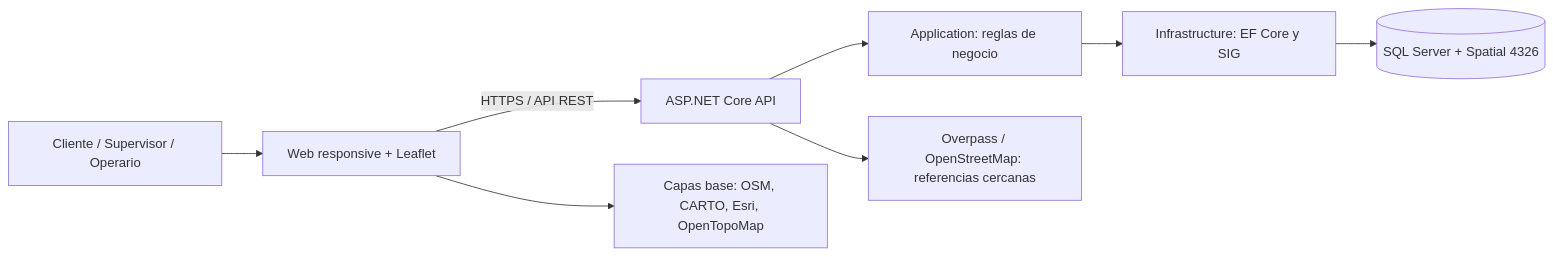
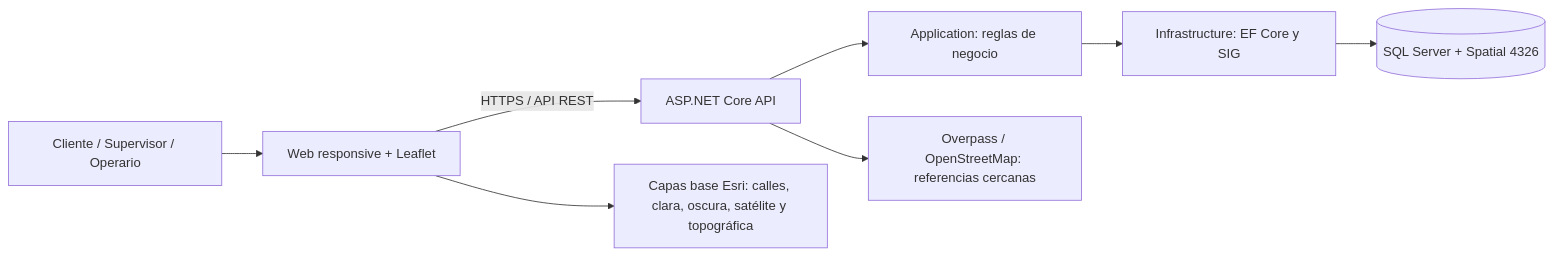
Before and after one commit to juancarlosperezarauco-hue/aguacontrol: the first of 3 diagrams in AquaControl/docs/01_Arquitectura_y_Diagramas.md, drawn with Mermaid. The commit also changed 7 other files, not shown here.

Commit message:
fix: estabilizar capas base del visor SIG

````diff
--- a/AquaControl/docs/01_Arquitectura_y_Diagramas.md
+++ b/AquaControl/docs/01_Arquitectura_y_Diagramas.md
@@ -5,10 +5,10 @@
 ```mermaid
 flowchart LR
   U[Cliente / Supervisor / Operario] --> W[Web responsive + Leaflet]
   W -->|HTTPS / API REST| A[ASP.NET Core API]
   A --> AP[Application: reglas de negocio]
   AP --> IN[Infrastructure: EF Core y SIG]
   IN --> SQL[(SQL Server + Spatial 4326)]
   A --> OSM[Overpass / OpenStreetMap: referencias cercanas]
-  W --> T[Capas base: OSM, CARTO, Esri, OpenTopoMap]
+  W --> T[Capas base Esri: calles, clara, oscura, satélite y topográfica]
 ```
````
